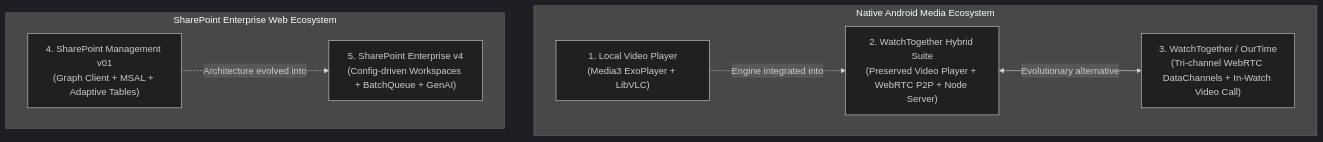
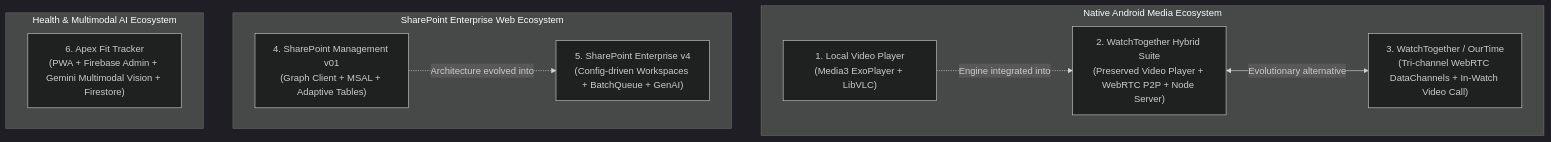
One commit to midhun-personal-hub/my-projects changed the diagram in PROJECTS_OVERVIEW.md. Above: the diagram before and after it, drawn with Mermaid (dark theme). The commit also changed other lines of this file and 51 other files, not shown here.

Commit message:
Add Apex Fit AI Tracker, update documentation, and sync workspace to GitHub

````diff
--- a/PROJECTS_OVERVIEW.md
+++ b/PROJECTS_OVERVIEW.md
@@ -21,17 +22,21 @@
 ```mermaid
 graph TD
     subgraph MobileDomain ["Native Android Media Ecosystem"]
         A1["1. Local Video Player<br/>(Media3 ExoPlayer + LibVLC)"]
         A2["2. WatchTogether Hybrid Suite<br/>(Preserved Video Player + WebRTC P2P + Node Server)"]
         A3["3. WatchTogether / OurTime<br/>(Tri-channel WebRTC DataChannels + In-Watch Video Call)"]
     end
 
     subgraph WebDomain ["SharePoint Enterprise Web Ecosystem"]
         W1["4. SharePoint Management v01<br/>(Graph Client + MSAL + Adaptive Tables)"]
         W2["5. SharePoint Enterprise v4<br/>(Config-driven Workspaces + BatchQueue + GenAI)"]
     end
 
+    subgraph FitnessAIDomain ["Health & Multimodal AI Ecosystem"]
+        F1["6. Apex Fit Tracker<br/>(PWA + Firebase Admin + Gemini Multimodal Vision + Firestore)"]
+    end
+
     A1 -.->|"Engine integrated into"| A2
     A2 <-->|"Evolutionary alternative"| A3
     W1 -.->|"Architecture evolved into"| W2
 ```
````
